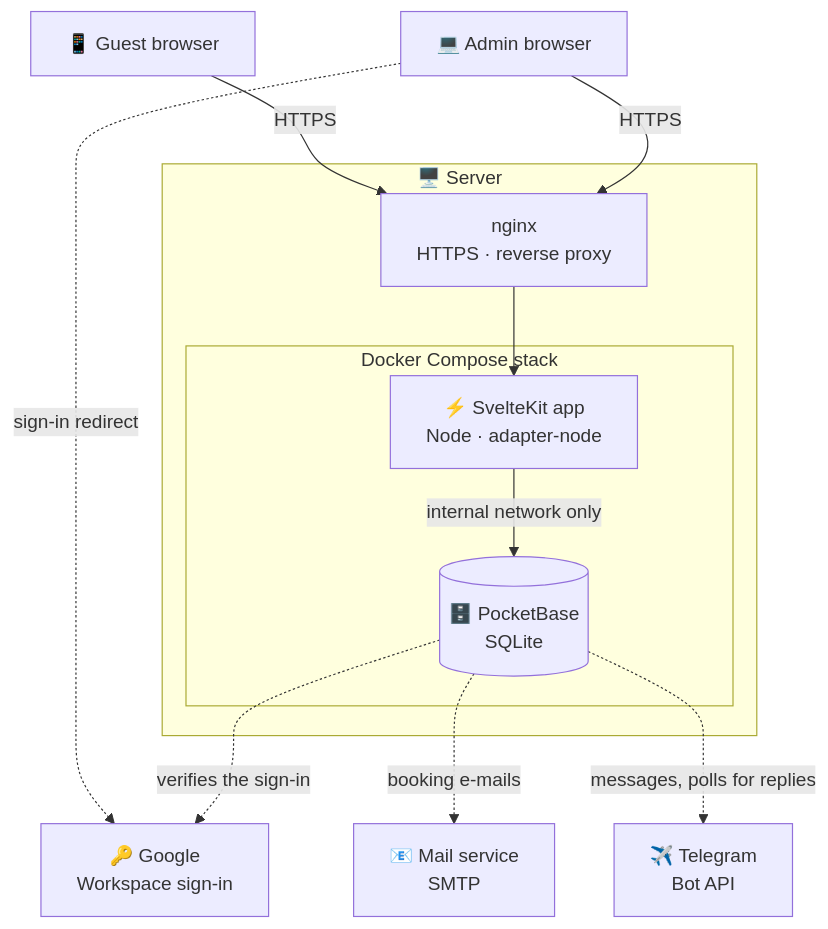
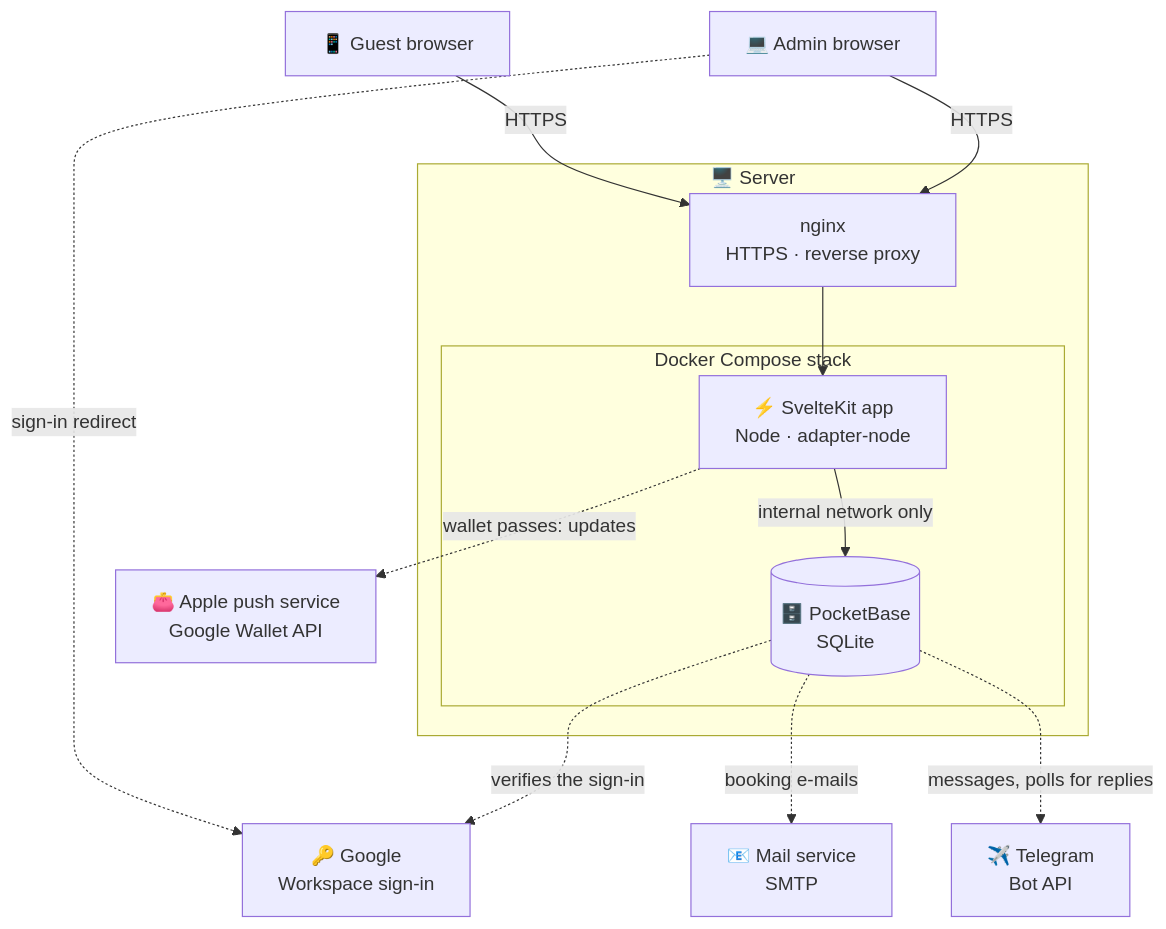
Before and after one commit to MorpheusMXML/hamburn-cozynights: the first of 3 diagrams in docs/reference/architecture.md, drawn with Mermaid. The commit also changed other lines of this file and 14 other files, not shown here.

First line of the commit message:
docs: wallet passes, the Telegram subscription, and what the privacy policy says about them

````diff
--- a/docs/reference/architecture.md
+++ b/docs/reference/architecture.md
@@ -7,25 +7,27 @@
 ```mermaid
 flowchart TB
   guest["📱 Guest browser"]
   admin["💻 Admin browser"]
   google["🔑 Google<br/>Workspace sign-in"]
   mail["📧 Mail service<br/>SMTP"]
   telegram["✈️ Telegram<br/>Bot API"]
+  wallets["👛 Apple push service<br/>Google Wallet API"]
 
   subgraph server["🖥️ Server"]
     nginx["nginx<br/>HTTPS · reverse proxy"]
     subgraph docker["Docker Compose stack"]
       app["⚡ SvelteKit app<br/>Node · adapter-node"]
       pb[("🗄️ PocketBase<br/>SQLite")]
     end
   end
 
   guest -- HTTPS --> nginx
   admin -- HTTPS --> nginx
   nginx --> app
   app -- "internal network only" --> pb
   admin -. "sign-in redirect" .-> google
   pb -. "verifies the sign-in" .-> google
   pb -. "booking e-mails" .-> mail
   pb -. "messages, polls for replies" .-> telegram
+  app -. "wallet passes: updates" .-> wallets
 ```
````
